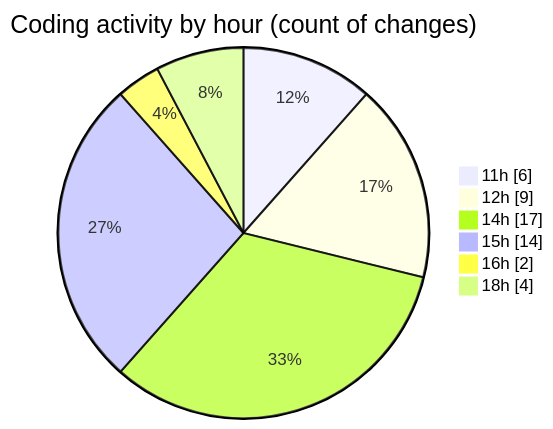
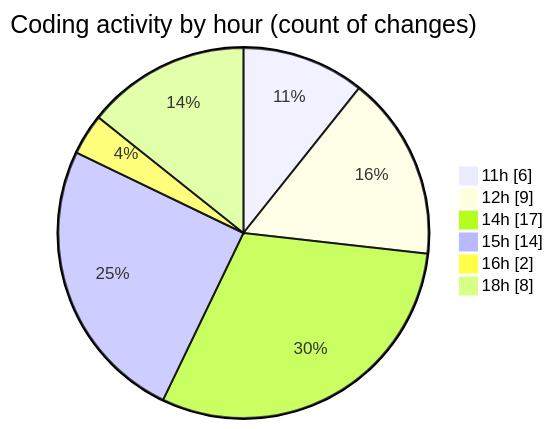
Before and after one commit to debugP/code-tracking: the second of 2 diagrams in 2025-10-17/untitled__workspace_/README.md, drawn with Mermaid. The commit also changed other lines of this file and 1 other file, not shown here.

````diff
--- a/2025-10-17/untitled__workspace_/README.md
+++ b/2025-10-17/untitled__workspace_/README.md
@@ -37,10 +37,10 @@
 ```mermaid
 pie showData
 title Coding activity by hour (count of changes)
 "11h" : 6
 "12h" : 9
 "14h" : 17
 "15h" : 14
 "16h" : 2
-"18h" : 4
+"18h" : 8
 ```
````
